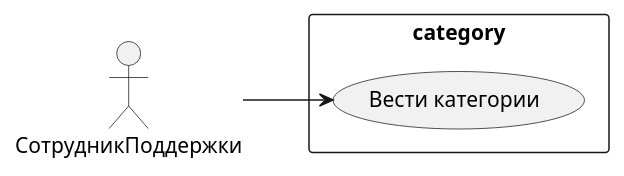
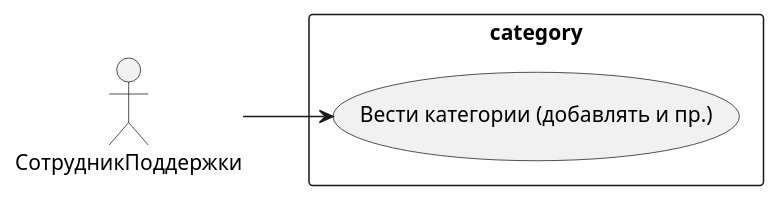
The sixth of 7 diagrams in docs/requirements/requirements.md (karpoftea/mts-kata-2023), drawn with PlantUML before and after one commit. The commit also changed other lines of this file and 3 other files, not shown here.

Commit message:
Добавил sequence для иллюстрации асинхронного взаимодействия, исправил опечатки

````diff
--- a/docs/requirements/requirements.md
+++ b/docs/requirements/requirements.md
@@ -251,15 +250,15 @@
 ```plantuml
 @startuml
 
 left to right direction
 
 actor "СотрудникПоддержки" as support
 
 rectangle category {
-  usecase "Вести категории" as UC91
+  usecase "Вести категории (добавлять и пр.)" as UC91
 }
 
 support --> UC91
 
 @enduml
 ```
````
